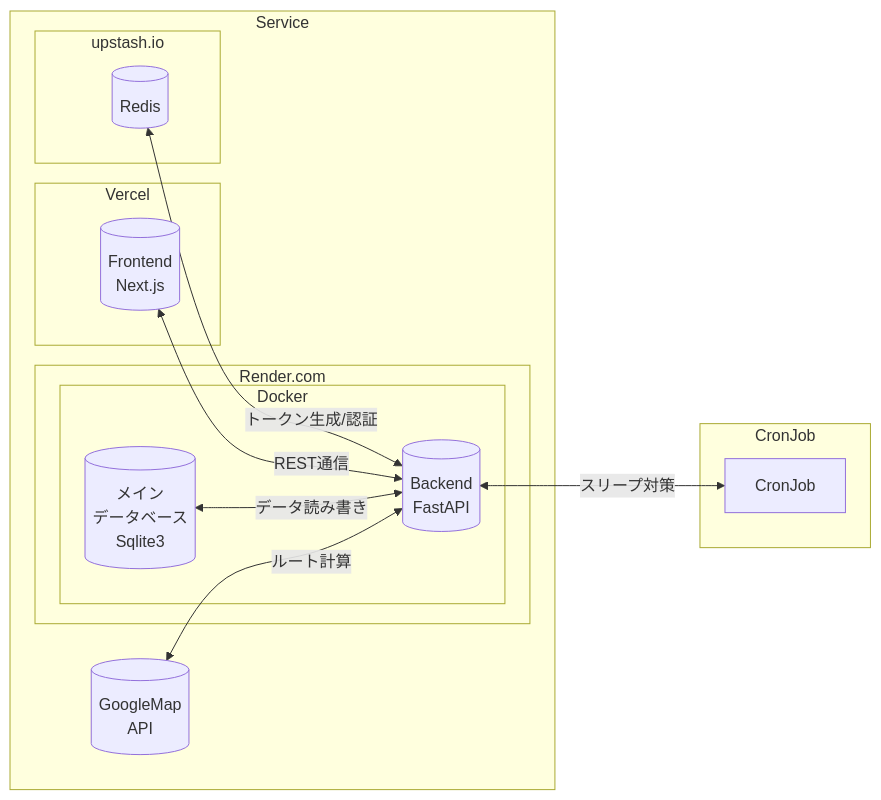
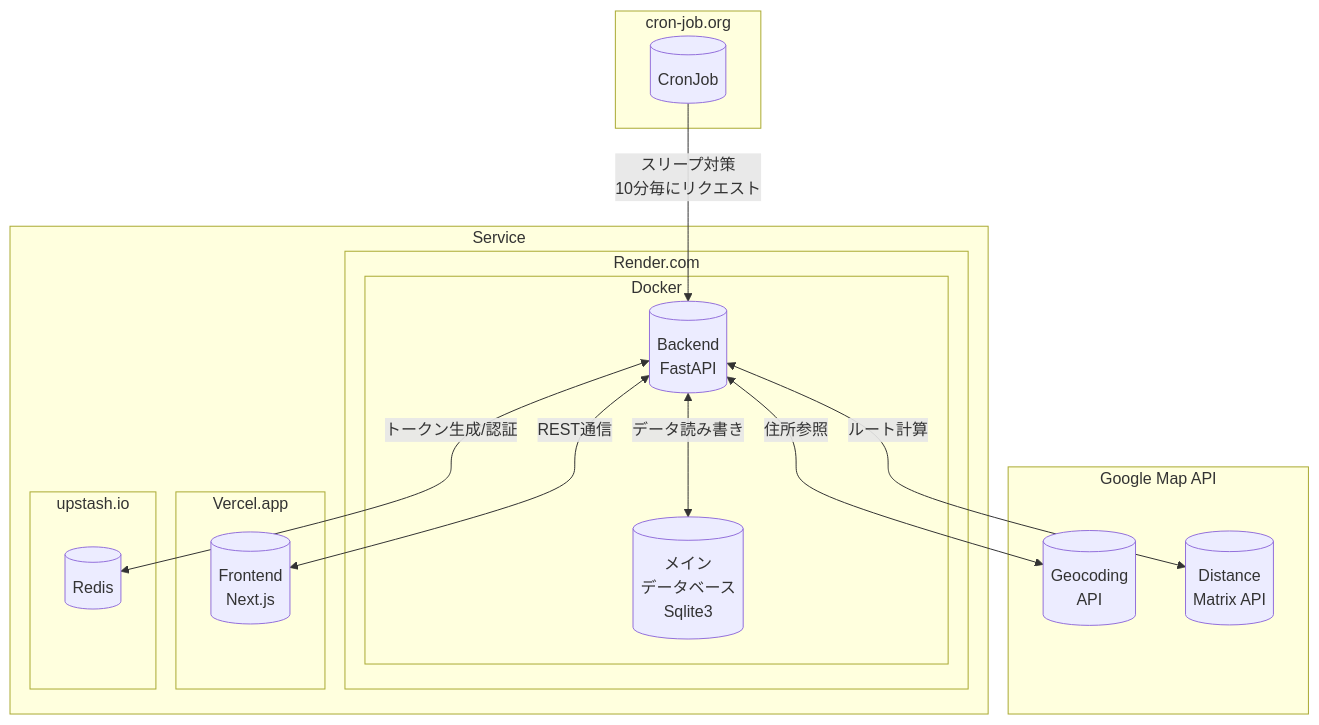
The diagram in README.md (ynori123/al_castle), drawn with Mermaid before and after one commit.

````diff
--- a/README.md
+++ b/README.md
@@ -3,26 +3,31 @@
 ```mermaid
-flowchart RL
+flowchart TD
+    subgraph google[Google Map API]
+    api1[("Geocoding \n API")]
+    api2[("Distance \n Matrix API")]
+    end
     subgraph Service
     subgraph render[Render.com]
     subgraph Docker[Docker]
     back[("Backend \n FastAPI")]
     rdb[("メイン \n データベース \n Sqlite3")]
     end
     end
-    subgraph Vercel[Vercel]
+    subgraph Vercel[Vercel.app]
         front[("Frontend \n Next.js")]
     end
     subgraph Upstash[upstash.io]
         nosql[("Redis")]
     end
     back <--"トークン生成/認証"--> nosql
     back <--"REST通信"--> front
-        back <--"データ読み書き"--> rdb
-    api[("GoogleMap \n API")]
-    back <--"ルート計算"--> api
+    back <--"データ読み書き"--> rdb
+    back <--"ルート計算"--> api2
+    back <--"住所参照"--> api1
     end
-    subgraph CronJob[CronJob]
-    job[CronJob]
+    
+    subgraph CronJob[cron-job.org]
+    job[(CronJob)]
     end
-    job <--"スリープ対策"-->back
+    job --"スリープ対策 \n 10分毎にリクエスト"-->back
 ```
````
